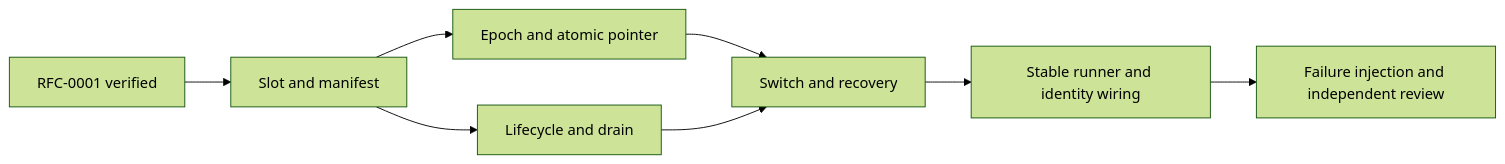
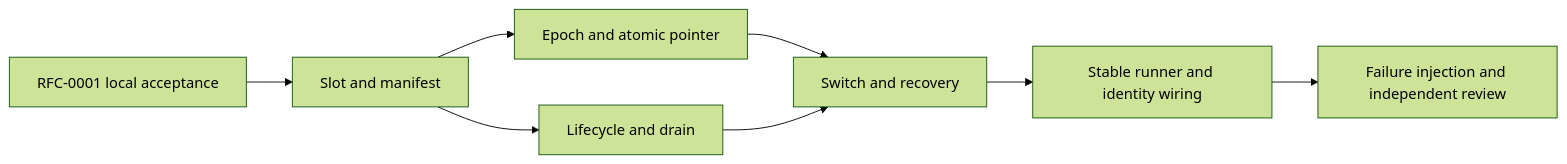
One commit to xilinshancun/malleaf changed the diagram in docs/rfcs/0002-personal-runtime.md. Above: the diagram before and after it, drawn with Mermaid (forest theme). The commit also changed other lines of this file and 24 other files, not shown here.

````diff
--- a/docs/rfcs/0002-personal-runtime.md
+++ b/docs/rfcs/0002-personal-runtime.md
@@ -85,10 +87,10 @@
 ```mermaid
 flowchart LR
-  Isolation[RFC-0001 verified] --> T1[Slot and manifest]
+  Isolation[RFC-0001 local acceptance] --> T1[Slot and manifest]
   T1 --> T2[Epoch and atomic pointer]
   T1 --> T3[Lifecycle and drain]
   T2 --> T4[Switch and recovery]
   T3 --> T4
   T4 --> T5[Stable runner and identity wiring]
   T5 --> T6[Failure injection and independent review]
 ```
````
